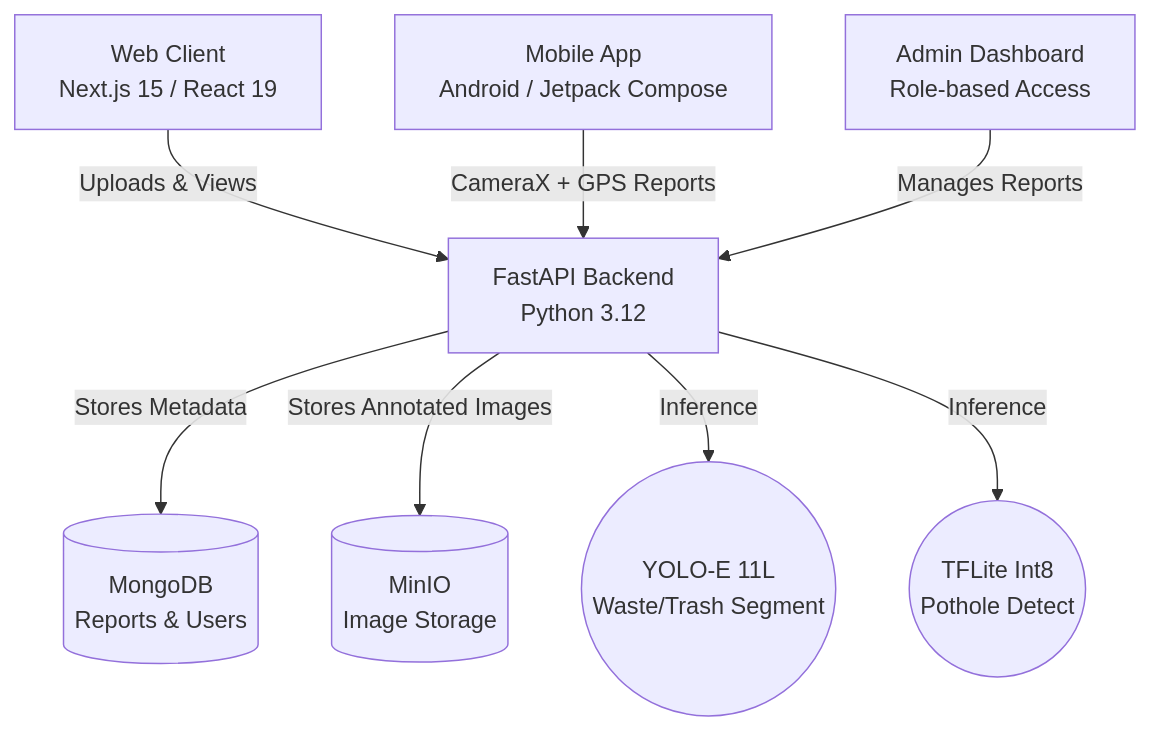
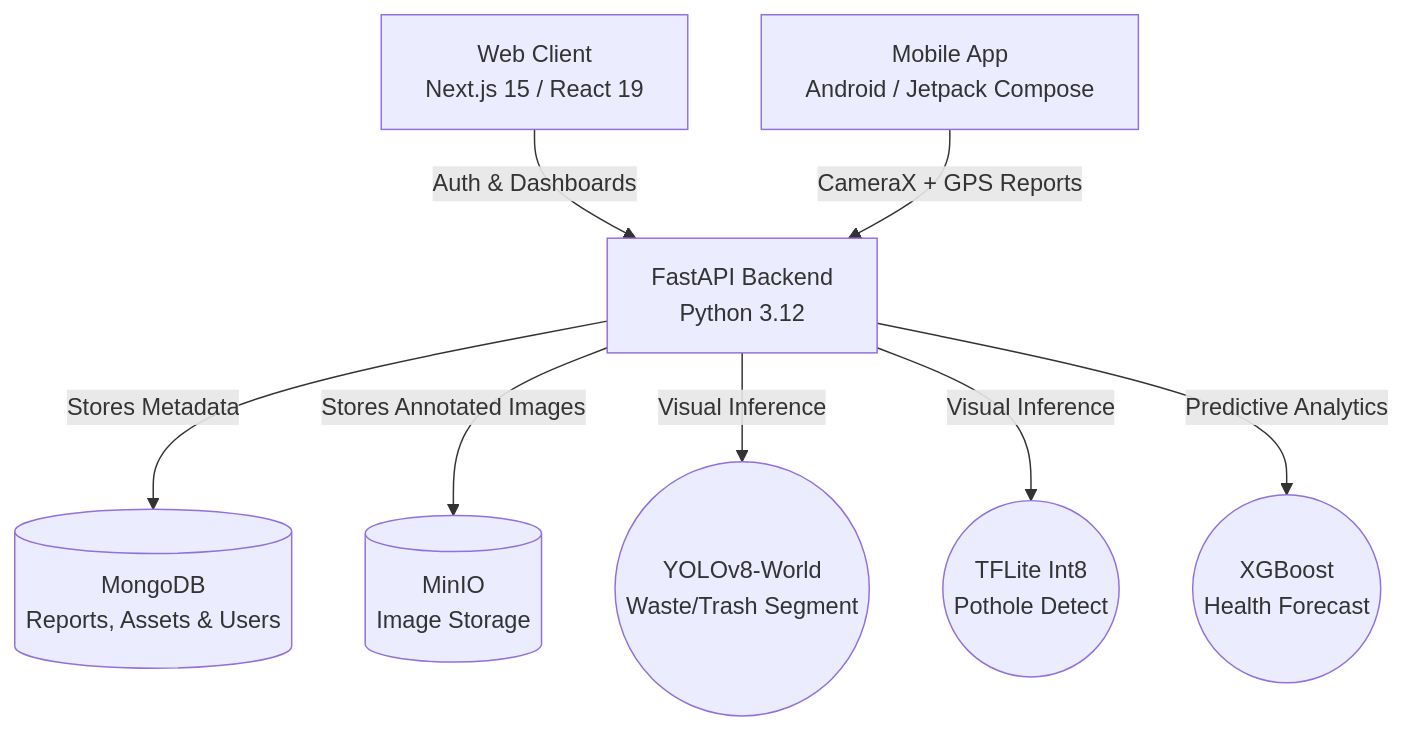
One commit to talibuilds/NetrAI changed the first of 2 diagrams in README.md. Above: the diagram before and after it, drawn with Mermaid. The commit also changed other lines of this file, not shown here.

Commit message:
docs: update README with top-notch ER diagrams and architecture

````diff
--- a/README.md
+++ b/README.md
@@ -7,29 +7,29 @@
 ```mermaid
 graph TD
     %% User Interfaces
     Web[Web Client\nNext.js 15 / React 19]
     App[Mobile App\nAndroid / Jetpack Compose]
-    Admin[Admin Dashboard\nRole-based Access]
     
     %% Backend Services
     API[FastAPI Backend\nPython 3.12]
     
     %% Storage
-    DB[(MongoDB\nReports & Users)]
+    DB[(MongoDB\nReports, Assets & Users)]
     Storage[(MinIO\nImage Storage)]
     
     %% ML Models
-    WasteML((YOLO-E 11L\nWaste/Trash Segment))
+    WasteML((YOLOv8-World\nWaste/Trash Segment))
     RoadML((TFLite Int8\nPothole Detect))
+    PredictML((XGBoost\nHealth Forecast))
 
     %% Connections
-    Web -- "Uploads & Views" --> API
+    Web -- "Auth & Dashboards" --> API
     App -- "CameraX + GPS Reports" --> API
-    Admin -- "Manages Reports" --> API
     
     API -- "Stores Metadata" --> DB
     API -- "Stores Annotated Images" --> Storage
     
-    API -- "Inference" --> WasteML
-    API -- "Inference" --> RoadML
+    API -- "Visual Inference" --> WasteML
+    API -- "Visual Inference" --> RoadML
+    API -- "Predictive Analytics" --> PredictML
 ```
````
